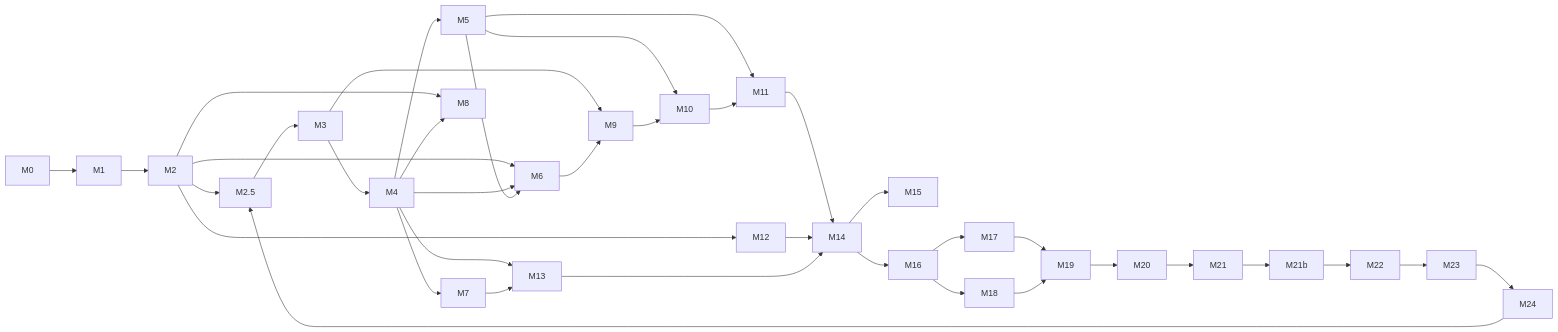
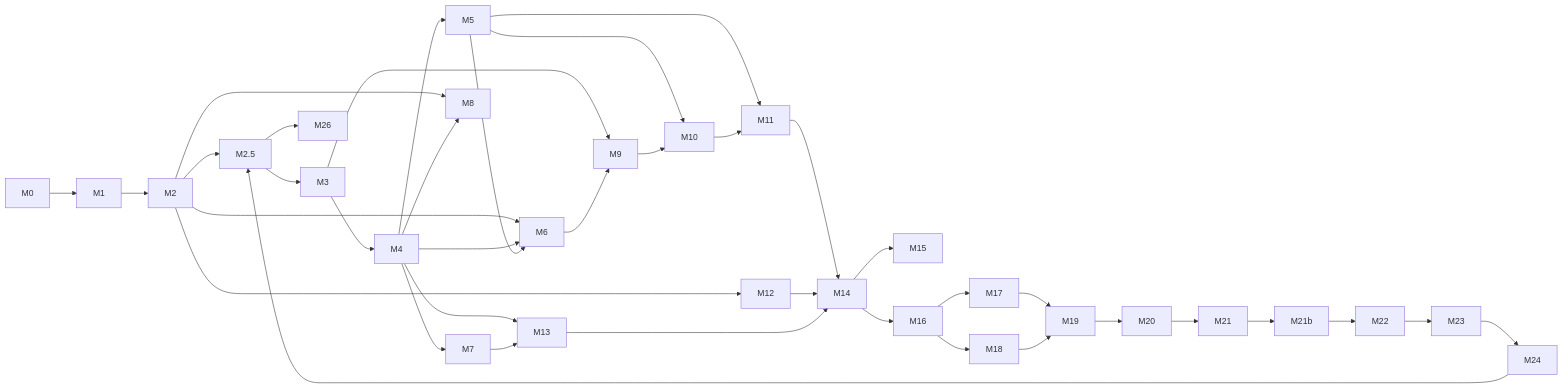
The diagram in docs/09-plan/README.md (vundavallibalakrishna/agentic-runtime), drawn with Mermaid before and after one commit. The commit also changed other lines of this file and 374 other files, not shown here.

````diff
--- a/docs/09-plan/README.md
+++ b/docs/09-plan/README.md
@@ -55,29 +56,29 @@
 ```mermaid
 flowchart LR
   M0 --> M1 --> M2 --> M25[M2.5] --> M3 --> M4 --> M5
   M2 --> M6
   M4 --> M6
   M5 --> M6
   M4 --> M7
   M2 --> M8
   M4 --> M8
   M3 --> M9
   M6 --> M9
   M5 --> M10
   M9 --> M10
   M5 --> M11
   M10 --> M11
   M2 --> M12
   M4 --> M13
   M7 --> M13
   M11 --> M14
   M12 --> M14
   M13 --> M14
   M14 --> M15
   M14 --> M16
   M16 --> M17
   M16 --> M18
   M17 --> M19
   M18 --> M19
-  M19 --> M20 --> M21 --> M21b[M21b] --> M22 --> M23 --> M24 --> M25
+  M19 --> M20 --> M21 --> M21b[M21b] --> M22 --> M23 --> M24 --> M25 --> M26
 ```
````
